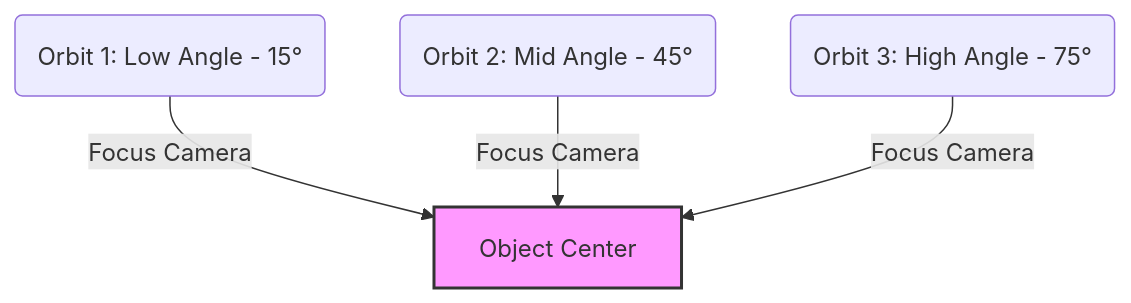
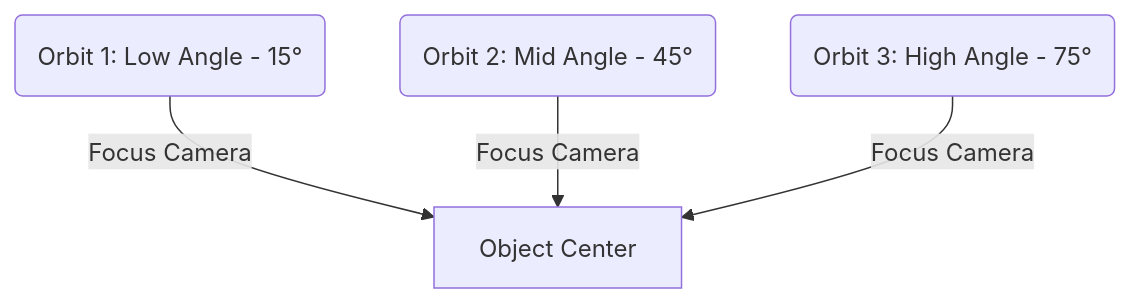
One commit to korporalK/gaussian_splat changed the second of 3 diagrams in README.md. Above: the diagram before and after it, drawn with Mermaid. The commit also changed other lines of this file and 1 other file, not shown here.

Commit message:
Add demo GIF and resolve color contrast in Mermaid charts by removing inline styles

````diff
--- a/README.md
+++ b/README.md
@@ -94,11 +96,10 @@
 ```mermaid
 graph TD
-    classDef object fill:#f9f,stroke:#333,stroke-width:2px;
-    Sub[Object Center]:::object
+    Sub[Object Center]
     Orbit1(Orbit 1: Low Angle - 15°)
     Orbit2(Orbit 2: Mid Angle - 45°)
     Orbit3(Orbit 3: High Angle - 75°)
     Orbit1 -->|Focus Camera| Sub
     Orbit2 -->|Focus Camera| Sub
     Orbit3 -->|Focus Camera| Sub
 ```
````
